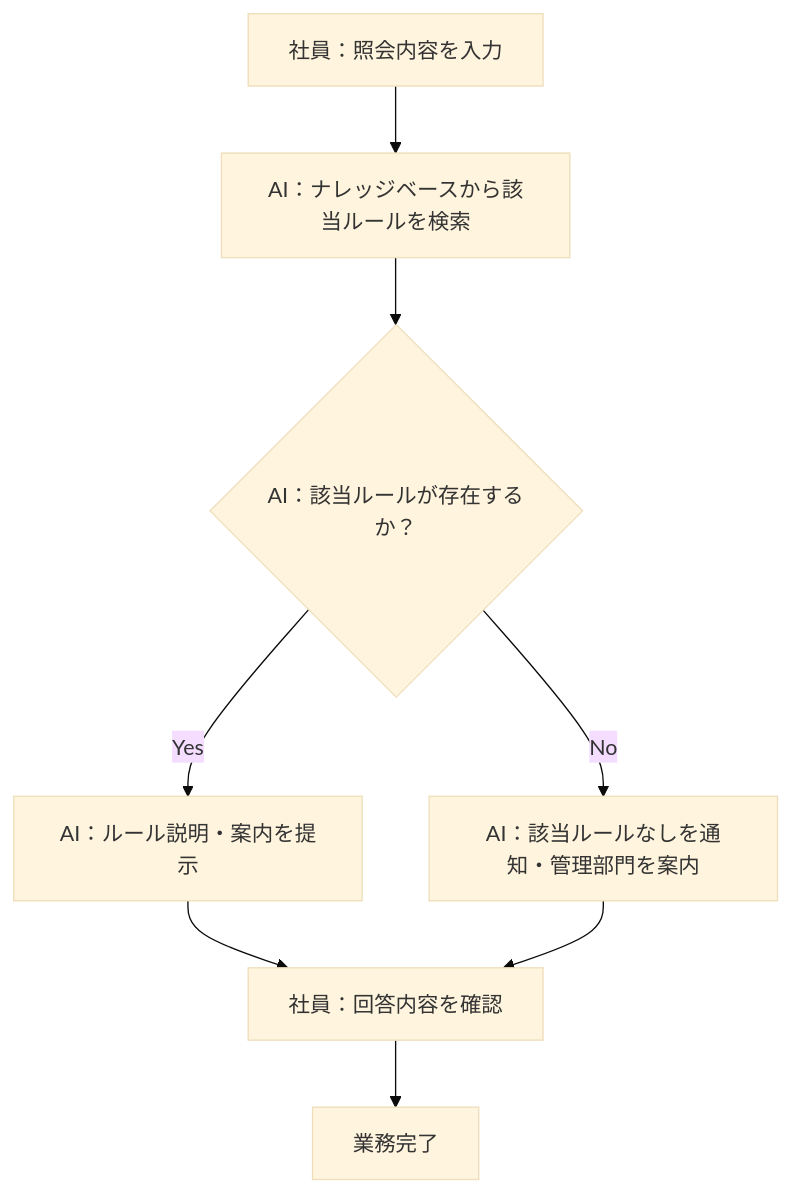
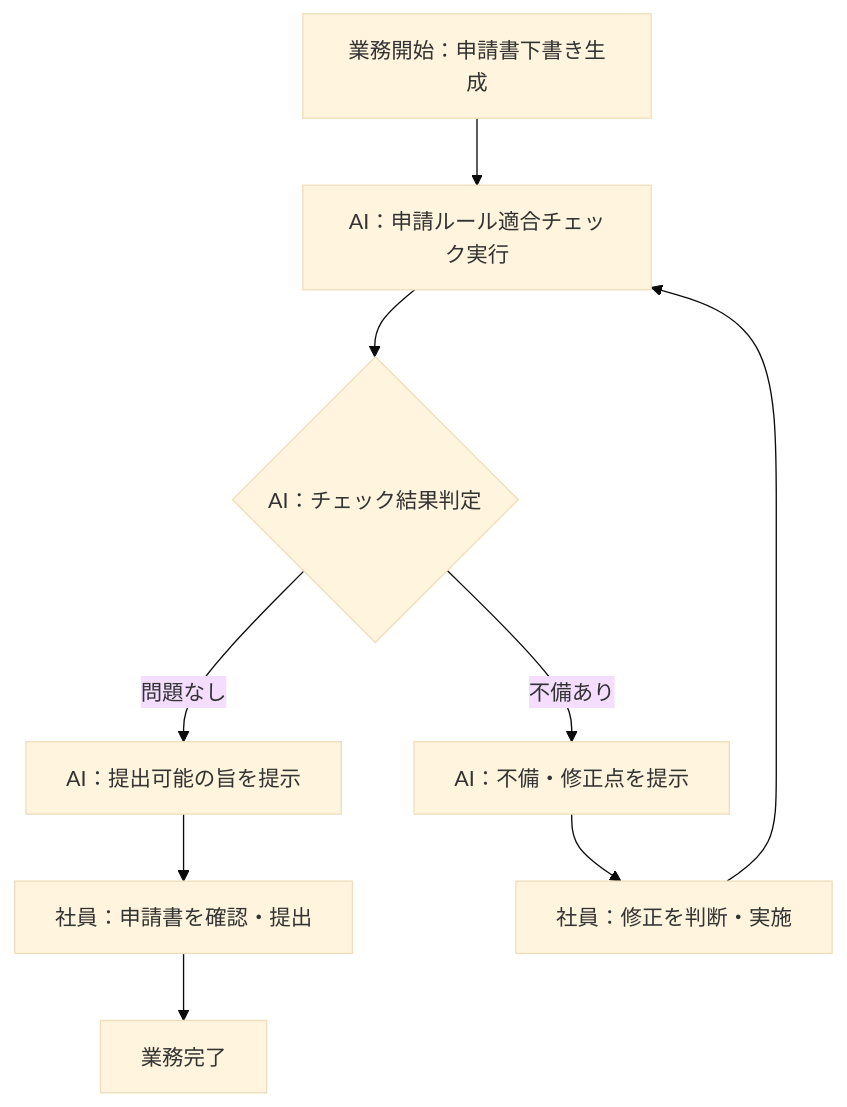
One commit to horii003/AIAgentBookCC changed the third of 3 diagrams in artifacts/01_business-requirements/outputs/業務プロセス定義.md. Above: the diagram before and after it, drawn with Mermaid (base theme). The commit also changed other lines of this file and 337 other files, not shown here.

````diff
--- a/artifacts/01_business-requirements/outputs/業務プロセス定義.md
+++ b/artifacts/01_business-requirements/outputs/業務プロセス定義.md
@@ -578,10 +448,11 @@
 ```mermaid
 flowchart TD
-    A[社員：照会内容を入力] --> B[AI：ナレッジベースから該当ルールを検索]
-    B --> C{AI：該当ルールが存在するか？}
-    C -->|Yes| D[AI：ルール説明・案内を提示]
-    C -->|No| E[AI：該当ルールなしを通知・管理部門を案内]
-    D --> F[社員：回答内容を確認]
-    E --> F
-    F --> G[業務完了]
+    A[業務開始：申請書下書き生成] --> B[AI：申請ルール適合チェック実行]
+    B --> C{AI：チェック結果判定}
+    C -->|問題なし| D[AI：提出可能の旨を提示]
+    C -->|不備あり| E[AI：不備・修正点を提示]
+    E --> F[社員：修正を判断・実施]
+    F --> B
+    D --> G[社員：申請書を確認・提出]
+    G --> H[業務完了]
 ```
````
